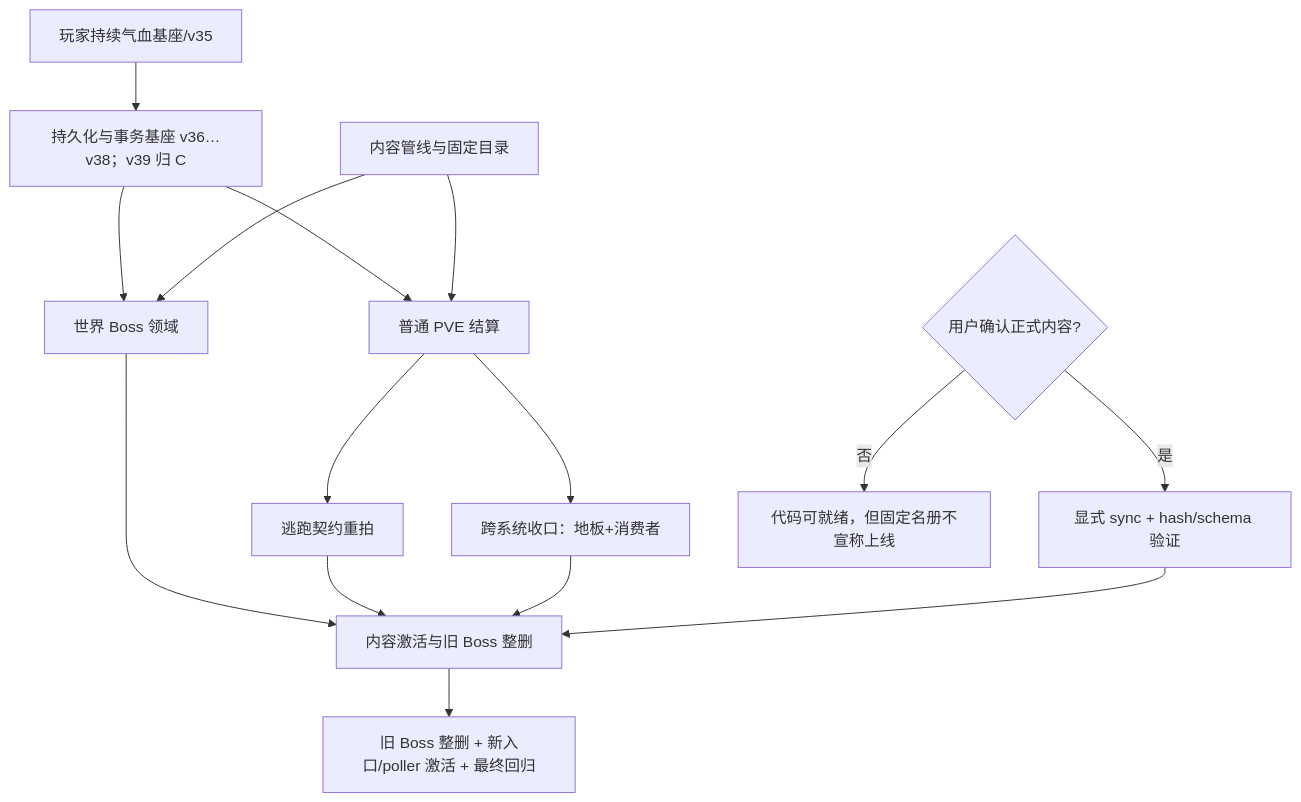
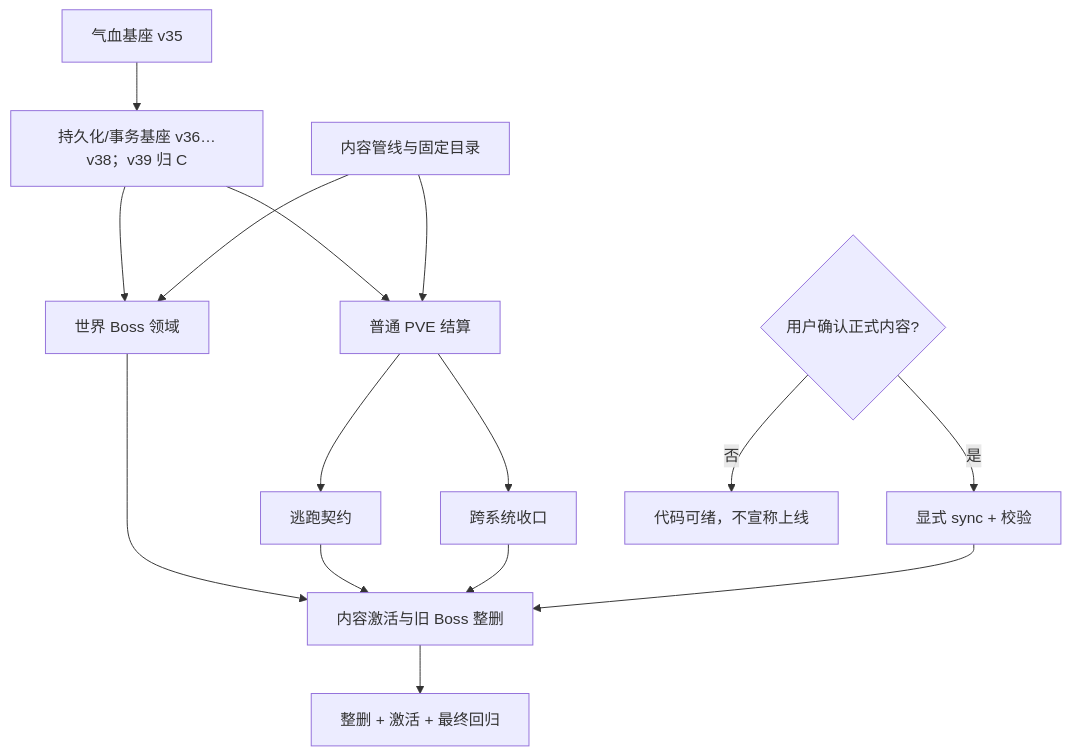
The diagram in .trellis/tasks/10-10-pve-enemy-world-boss-redesign/implement.md (fanjinchi/astrbot_plugin_monixiuxian2_2), drawn with Mermaid before and after one commit. The commit also changed other lines of this file and 12 other files, not shown here.

````diff
--- a/.trellis/tasks/10-10-pve-enemy-world-boss-redesign/implement.md
+++ b/.trellis/tasks/10-10-pve-enemy-world-boss-redesign/implement.md
@@ -26,17 +24,17 @@
 ```mermaid
 flowchart TD
-    A[玩家持续气血基座/v35] --> P[持久化与事务基座 v36…v38；v39 归 C]
+    A[气血基座 v35] --> P[持久化/事务基座 v36…v38；v39 归 C]
     P --> C[普通 PVE 结算]
     P --> D[世界 Boss 领域]
     B[内容管线与固定目录] --> C
     B --> D
-    C --> F[逃跑契约重拍]
-    C --> E1[跨系统收口：地板+消费者]
+    C --> F[逃跑契约]
+    C --> E1[跨系统收口]
     D --> E2[内容激活与旧 Boss 整删]
     F --> E2
     E1 --> E2
-    U{用户确认正式内容?} -->|是| S[显式 sync + hash/schema 验证]
-    U -->|否| W[代码可就绪，但固定名册不宣称上线]
+    U{用户确认正式内容?} -->|是| S[显式 sync + 校验]
+    U -->|否| W[代码可绪，不宣称上线]
     S --> E2
-    E2 --> G[旧 Boss 整删 + 新入口/poller 激活 + 最终回归]
+    E2 --> G[整删 + 激活 + 最终回归]
 ```
````
